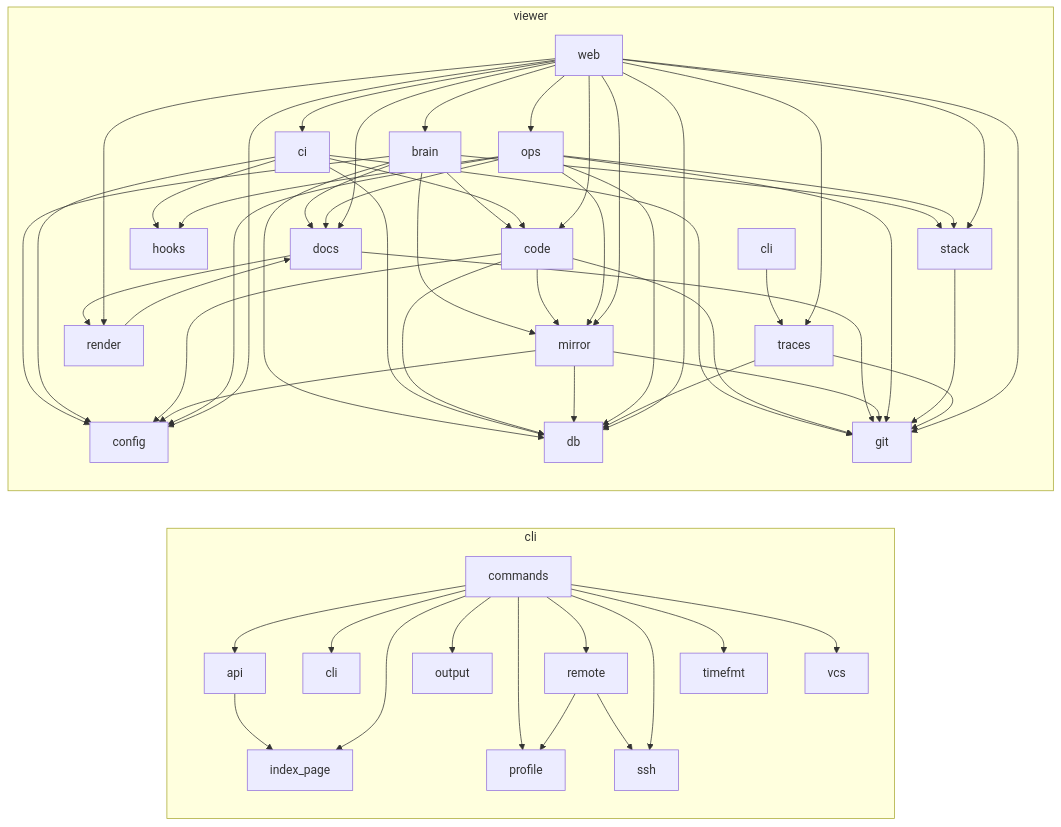
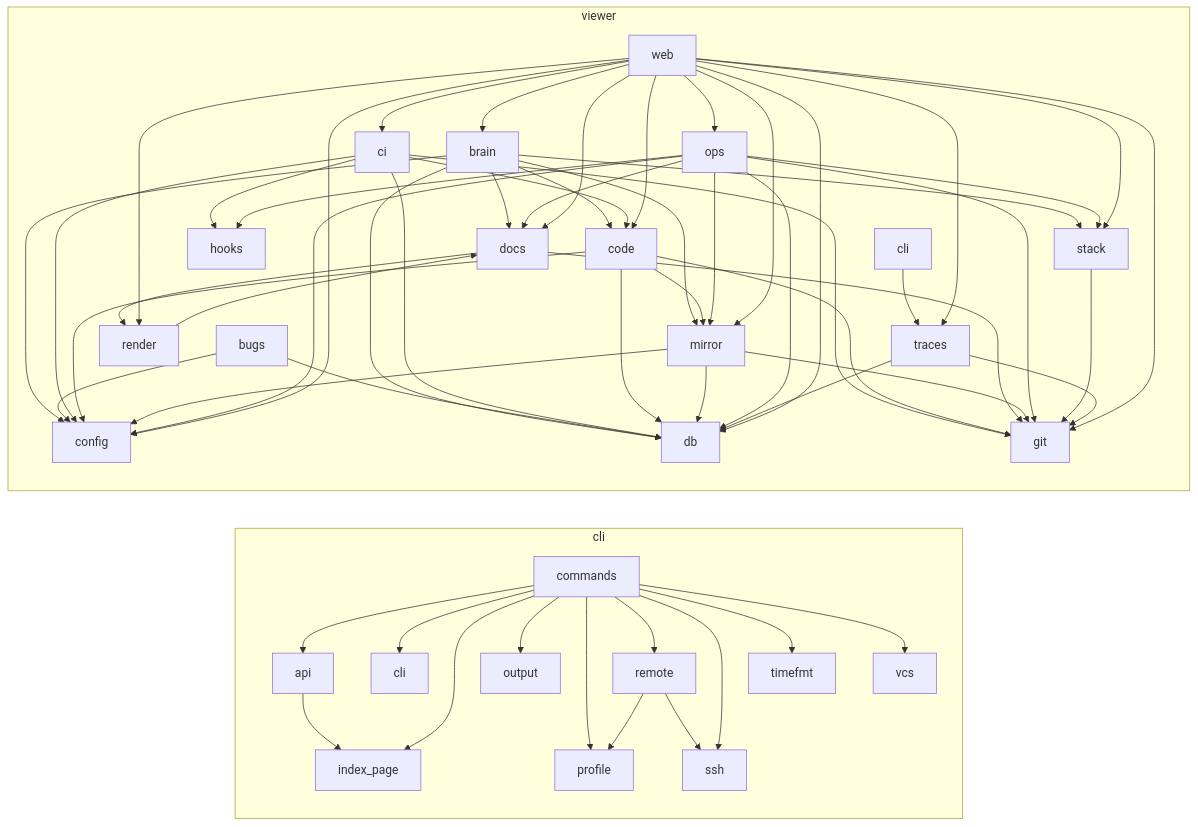
Before and after one commit to matthiasdebernardini/nashcode: the second of 2 diagrams in ARCHITECTURE.md, drawn with Mermaid. The commit also changed 2 other files, not shown here.

Commit message:
SPEC: /code/find fused query; CLI grows nashcode grep, an rg-shaped front for the index
One call routes identifier/regex/phrase to definitions, references, text,
then semantic, ranked, stating the indexed commit. The CLI wraps it in
ripgrep's own flags and grep's output format so an agent uses it on
reflex; text hits stay fresh via a local rg pass, structure comes from
the index.

Claude-Session: https://claude.ai/code/session_014V3ed5cX3V2VpamBGnpGYd

```diff
--- a/ARCHITECTURE.md
+++ b/ARCHITECTURE.md
@@ -65,6 +65,7 @@
   cli_remote --> cli_ssh
   subgraph viewer
     viewer_brain[brain]
+    viewer_bugs[bugs]
     viewer_ci[ci]
     viewer_cli[cli]
     viewer_code[code]
@@ -86,6 +87,8 @@
   viewer_brain --> viewer_docs
   viewer_brain --> viewer_mirror
   viewer_brain --> viewer_stack
+  viewer_bugs --> viewer_config
+  viewer_bugs --> viewer_db
   viewer_ci --> viewer_code
   viewer_ci --> viewer_config
   viewer_ci --> viewer_db
```
